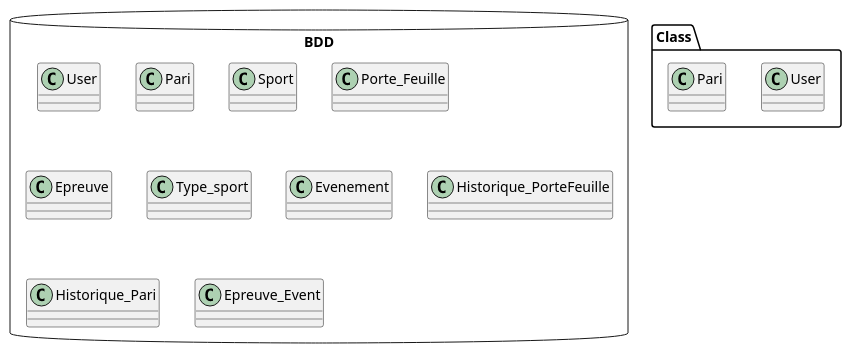
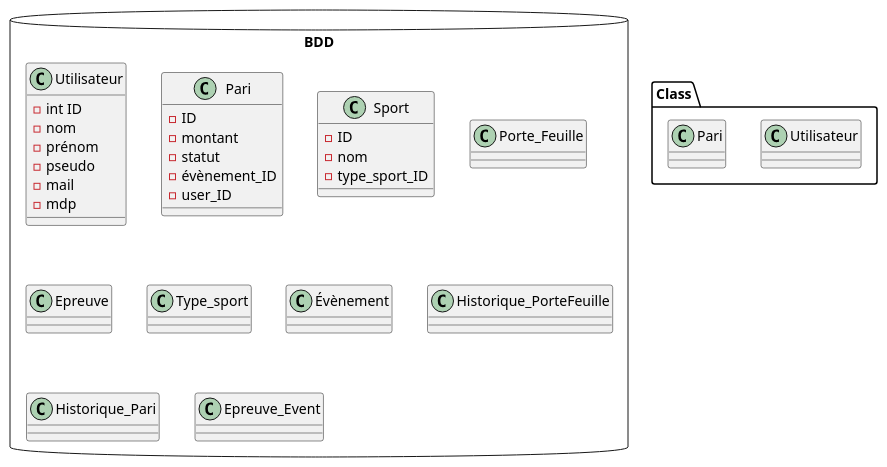
One commit to OFP-CDA-Mulhouse-2020/parisportif3 changed the diagram in UML/PariSportifUML.puml. Above: the diagram before and after it, drawn with PlantUML.

Commit message:
2. Ajout des packages

```diff
--- a/UML/PariSportifUML.puml
+++ b/UML/PariSportifUML.puml
@@ -1,34 +1,48 @@
 @startuml
 
-package "BDD" <<DataBase>>{
+package "BDD" <<DataBase>> {
 
-    class User{
+    class Utilisateur {
+        - int ID
+        - nom
+        - prénom
+        - pseudo
+        - mail
+        - mdp
     }
-    class Pari{
+    class Pari {
+        - ID
+        - montant
+        - statut
+        - évènement_ID
+        - user_ID
     }
-    class Sport{
+    class Sport {
+        - ID
+        - nom
+        - type_sport_ID
     }
     class Porte_Feuille{
     }
     class Epreuve{
     }
     class Type_sport{
     }
-    class Evenement{
+    class Évènement{
     }
     class Historique_PorteFeuille{
     }
     class Historique_Pari{
     }
     class Epreuve_Event{
     }
 }
 
 
 namespace Class{
-        class User{
+        class Utilisateur{
         }
         class Pari{
         }
 }
 @enduml
```
